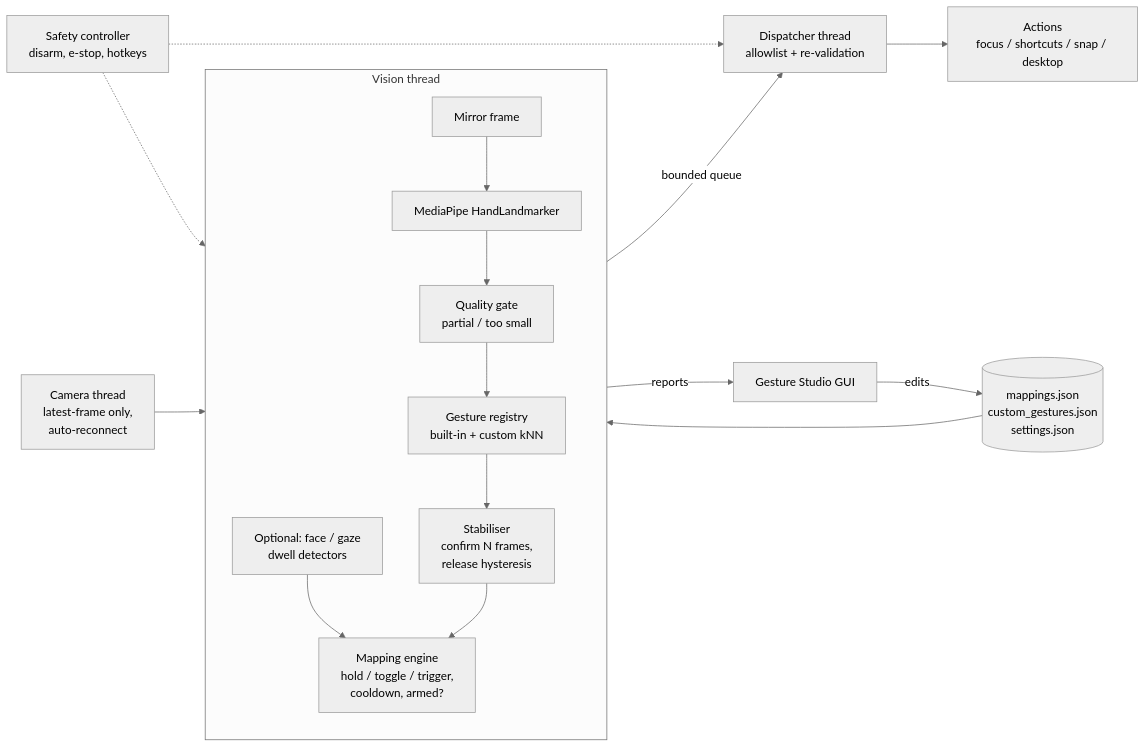
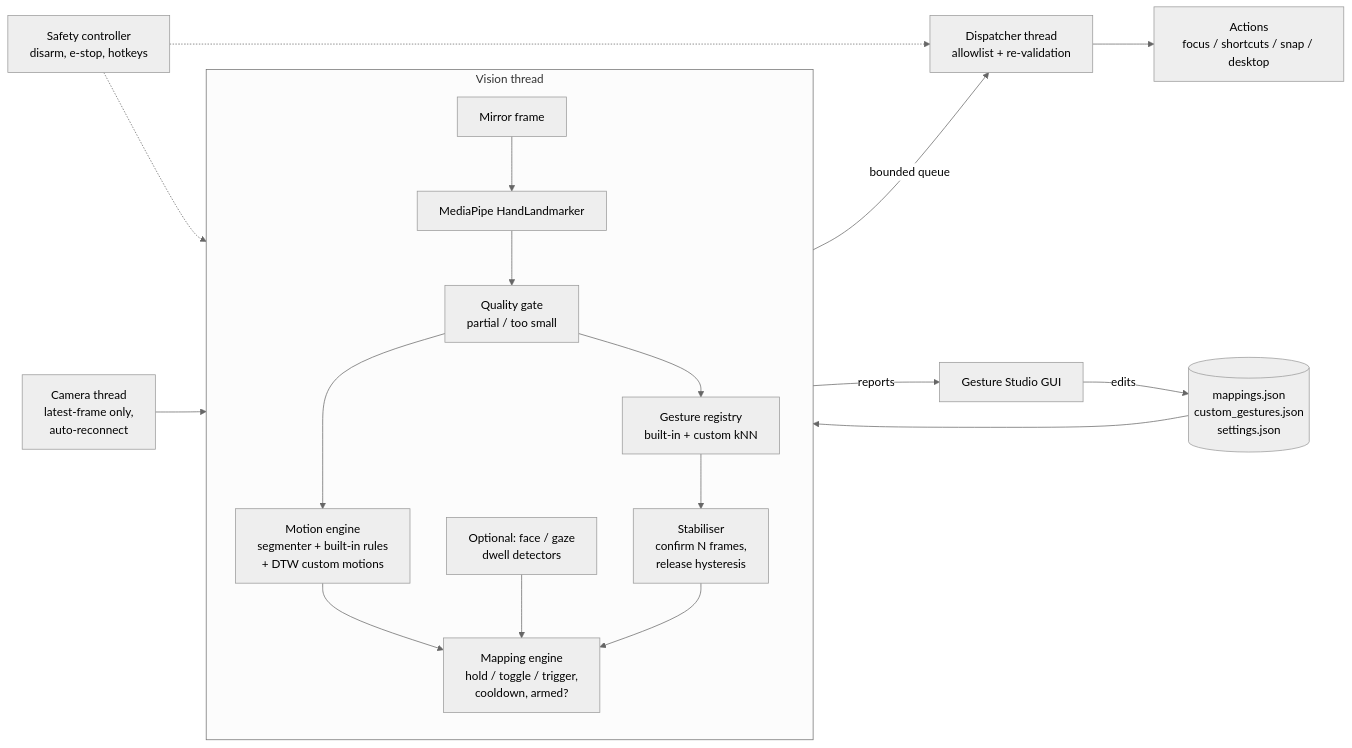
One commit to kaus-thetaa/orbit-gesture-studio changed the diagram in README.md. Above: the diagram before and after it, drawn with Mermaid (neutral theme). The commit also changed other lines of this file and 58 other files, not shown here.

````diff
--- a/README.md
+++ b/README.md
@@ -56,20 +62,22 @@
 ```mermaid
 flowchart LR
     CAM[Camera thread<br/>latest-frame only,<br/>auto-reconnect] --> PIPE
     subgraph PIPE[Vision thread]
         direction TB
         FLIP[Mirror frame] --> HT[MediaPipe HandLandmarker]
         HT --> Q[Quality gate<br/>partial / too small]
         Q --> REG[Gesture registry<br/>built-in + custom kNN]
         REG --> STAB[Stabiliser<br/>confirm N frames,<br/>release hysteresis]
+        Q --> MOT[Motion engine<br/>segmenter + built-in rules<br/>+ DTW custom motions]
+        MOT --> ME
         FACE[Optional: face / gaze<br/>dwell detectors] --> ME
         STAB --> ME[Mapping engine<br/>hold / toggle / trigger,<br/>cooldown, armed?]
     end
     ME -->|bounded queue| DISP[Dispatcher thread<br/>allowlist + re-validation]
     DISP --> ACT[Actions<br/>focus / shortcuts / snap / desktop]
     SAFE[Safety controller<br/>disarm, e-stop, hotkeys] -.-> ME
     SAFE -.-> DISP
     STORE[(mappings.json<br/>custom_gestures.json<br/>settings.json)] --> ME
     PIPE -->|reports| GUI[Gesture Studio GUI]
     GUI -->|edits| STORE
 ```
````
